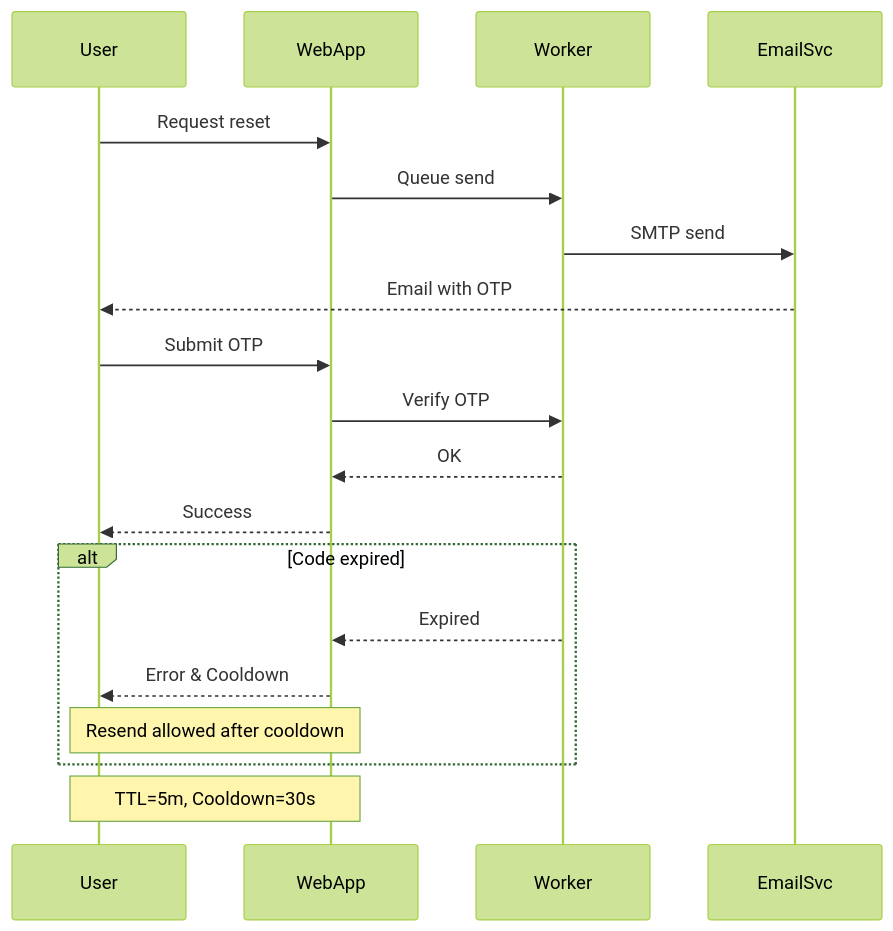
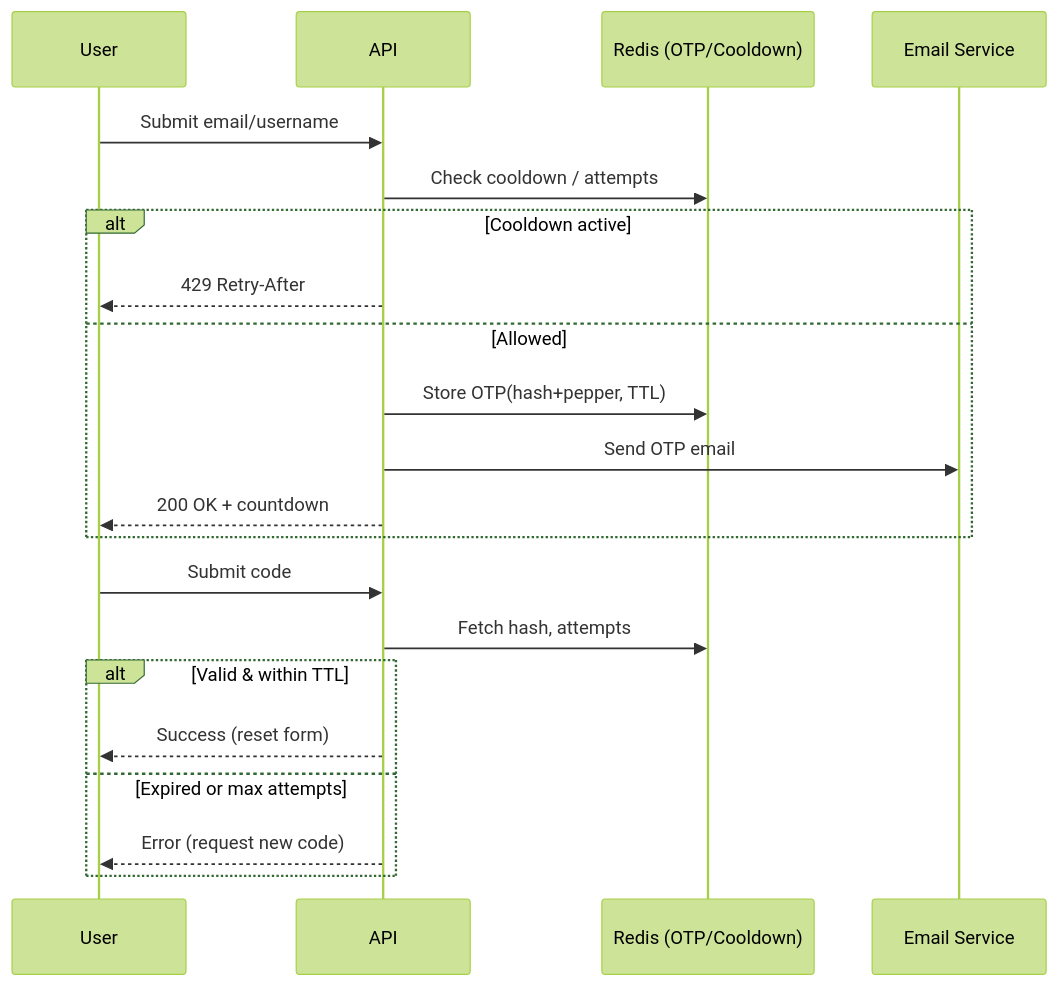
Before and after one commit to rasikasrimal/Heartlytics: the second of 3 diagrams in docs/forget_password.md, drawn with Mermaid (forest theme). The commit also changed other lines of this file and 4 other files, not shown here.

Commit message:
docs: consolidate security guidance and update reset flow

````diff
--- a/docs/forget_password.md
+++ b/docs/forget_password.md
@@ -174,21 +53,25 @@
 ```mermaid
 sequenceDiagram
   participant U as User
-  participant W as WebApp
-  participant Q as Worker
-  participant E as EmailSvc
-  U->>W: Request reset
-  W->>Q: Queue send
-  Q->>E: SMTP send
-  E-->>U: Email with OTP
-  U->>W: Submit OTP
-  W->>Q: Verify OTP
-  Q-->>W: OK
-  W-->>U: Success
-  alt Code expired
-    Q-->>W: Expired
-    W-->>U: Error & Cooldown
-    Note over W,U: Resend allowed after cooldown
+  participant A as API
+  participant R as Redis (OTP/Cooldown)
+  participant E as Email Service
+
+  U->>A: Submit email/username
+  A->>R: Check cooldown / attempts
+  alt Cooldown active
+    A-->>U: 429 Retry-After
+  else Allowed
+    A->>R: Store OTP(hash+pepper, TTL)
+    A->>E: Send OTP email
+    A-->>U: 200 OK + countdown
   end
-  Note over U,W: TTL=5m, Cooldown=30s
+
+  U->>A: Submit code
+  A->>R: Fetch hash, attempts
+  alt Valid & within TTL
+    A-->>U: Success (reset form)
+  else Expired or max attempts
+    A-->>U: Error (request new code)
+  end
 ```
````
